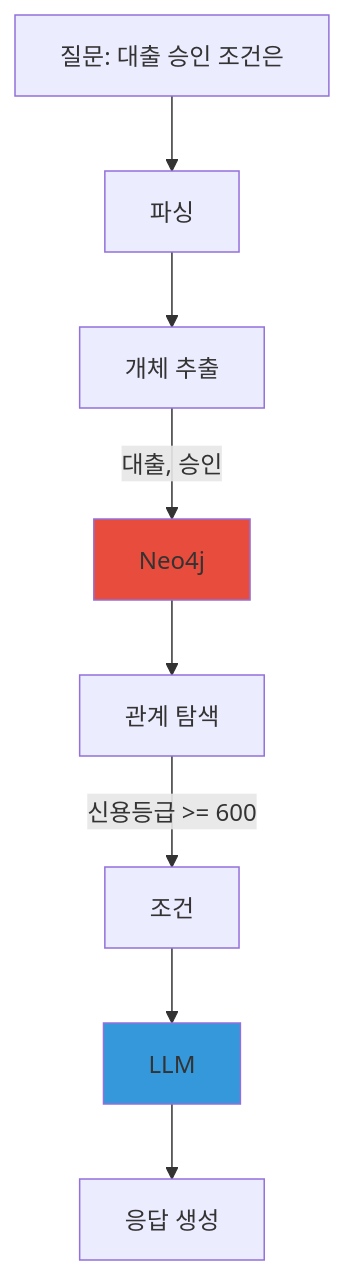
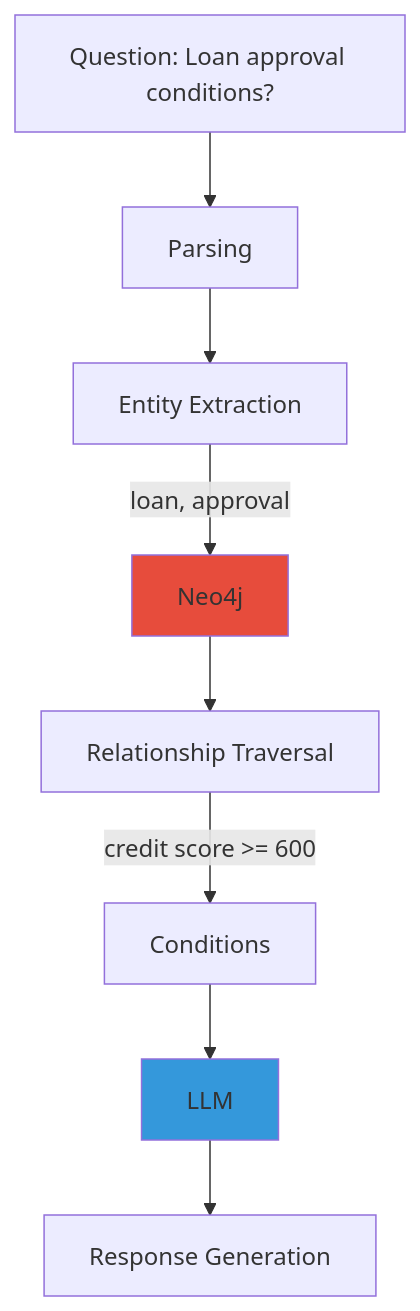
Before and after one commit to devfloor9/engineering-playbook: the third of 4 diagrams in docs/agentic-ai-platform/operations-mlops/governance/domain-customization.md, drawn with Mermaid. The commit also changed other lines of this file and 954 other files, not shown here.

````diff
--- a/docs/agentic-ai-platform/operations-mlops/governance/domain-customization.md
+++ b/docs/agentic-ai-platform/operations-mlops/governance/domain-customization.md
@@ -260,13 +223,13 @@
 ```mermaid
 graph TD
-    Q["질문: 대출 승인 조건은"] --> P[파싱]
-    P --> E1[개체 추출]
-    E1 --> |대출, 승인| N[Neo4j]
-    N --> R[관계 탐색]
-    R --> |"신용등급 >= 600"| C[조건]
+    Q["Question: Loan approval conditions?"] --> P[Parsing]
+    P --> E1[Entity Extraction]
+    E1 --> |loan, approval| N[Neo4j]
+    N --> R[Relationship Traversal]
+    R --> |"credit score >= 600"| C[Conditions]
     C --> L[LLM]
-    L --> A[응답 생성]
+    L --> A[Response Generation]
     
     style N fill:#e74c3c
     style L fill:#3498db
 ```
````
